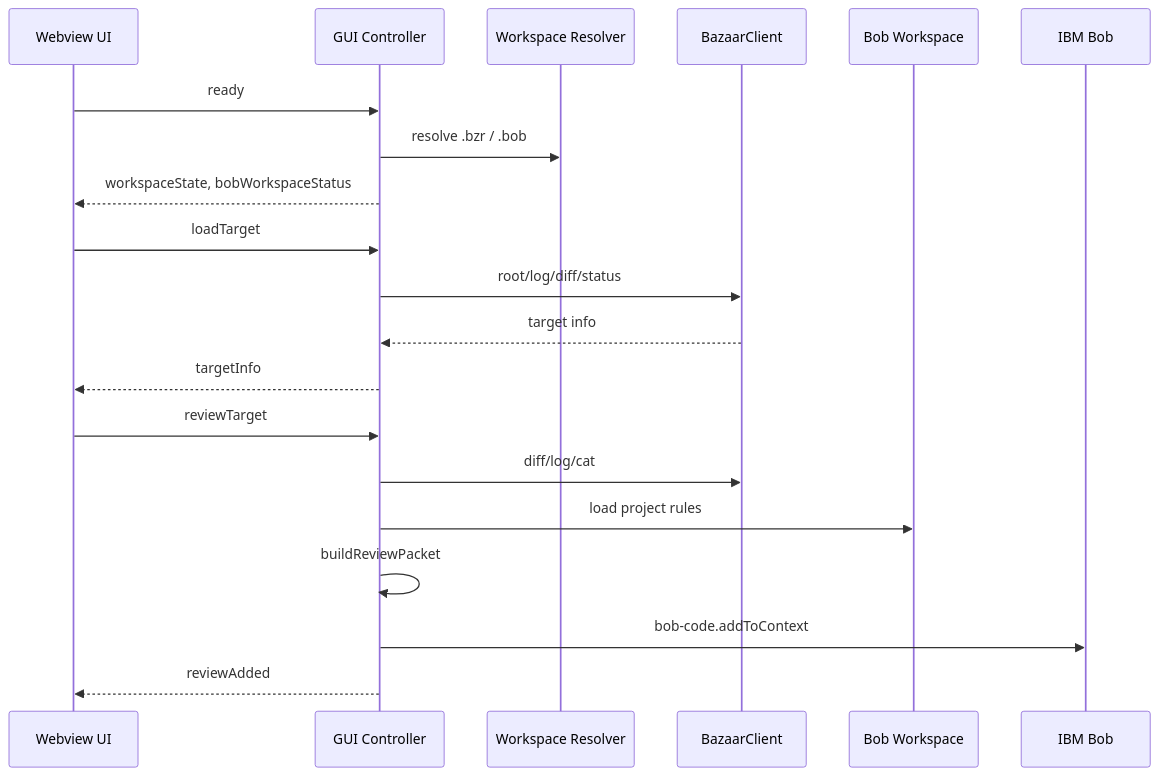
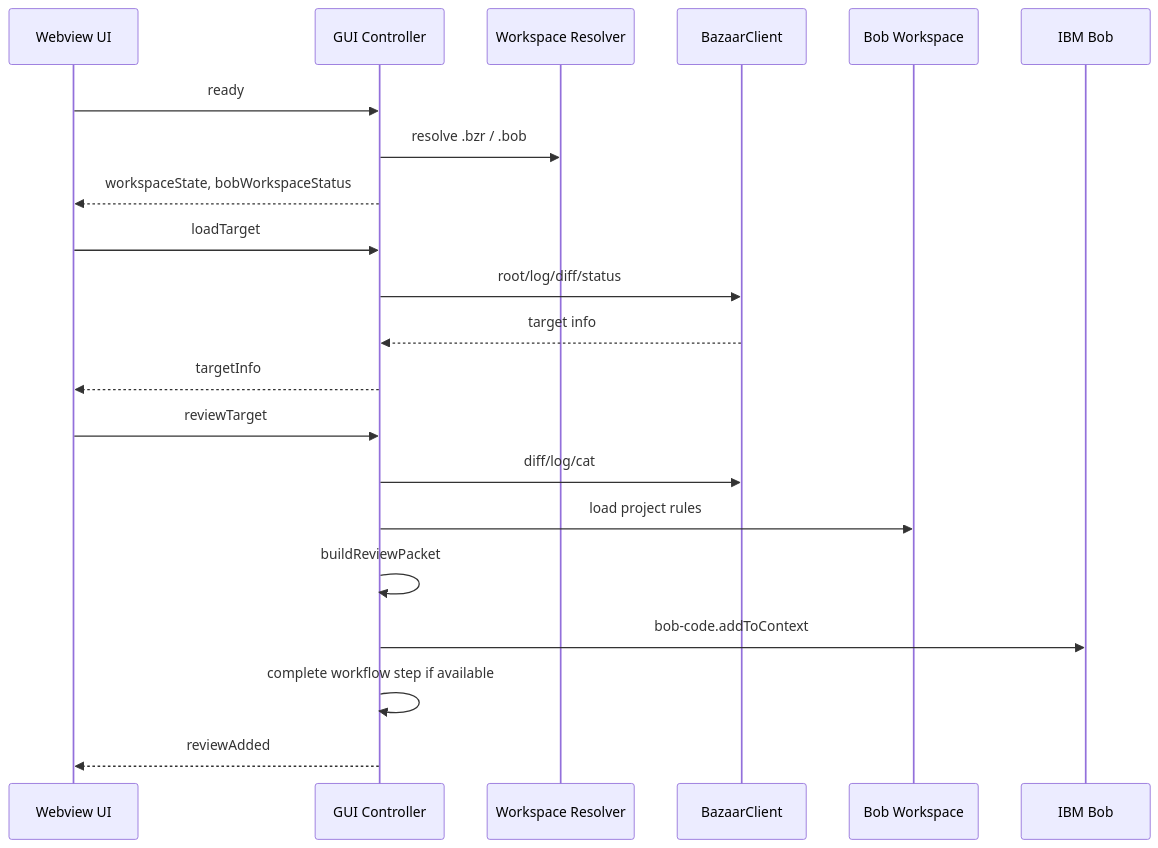
The diagram in v2/extensions/bob-bazaar-review/docs/detailed-design-ja.md (katamor1/CUSTUM_MODE), drawn with Mermaid before and after one commit. The commit also changed other lines of this file and 59 other files, not shown here.

````diff
--- a/v2/extensions/bob-bazaar-review/docs/detailed-design-ja.md
+++ b/v2/extensions/bob-bazaar-review/docs/detailed-design-ja.md
@@ -205,23 +157,24 @@
 ```mermaid
 sequenceDiagram
   participant UI as Webview UI
   participant C as GUI Controller
   participant WR as Workspace Resolver
   participant B as BazaarClient
   participant BO as Bob Workspace
   participant Bob as IBM Bob
 
   UI->>C: ready
   C->>WR: resolve .bzr / .bob
   C-->>UI: workspaceState, bobWorkspaceStatus
   UI->>C: loadTarget
   C->>B: root/log/diff/status
   B-->>C: target info
   C-->>UI: targetInfo
   UI->>C: reviewTarget
   C->>B: diff/log/cat
   C->>BO: load project rules
   C->>C: buildReviewPacket
   C->>Bob: bob-code.addToContext
+  C->>C: complete workflow step if available
   C-->>UI: reviewAdded
 ```
````
